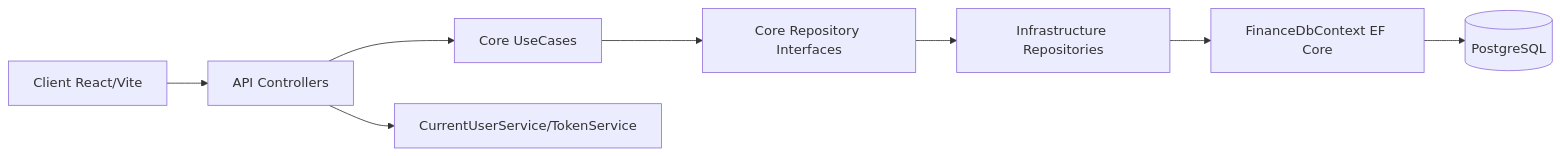
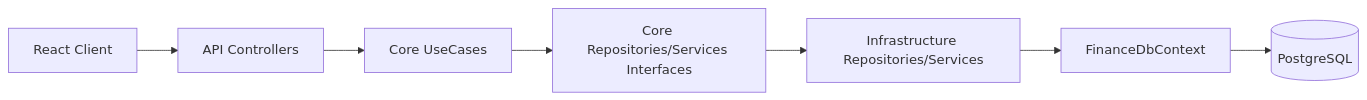
One commit to rafalves106/finances-clean changed the diagram in PROJECT_MAP.md. Above: the diagram before and after it, drawn with Mermaid. The commit also changed other lines of this file and 5 other files, not shown here.

````diff
--- a/PROJECT_MAP.md
+++ b/PROJECT_MAP.md
@@ -45,10 +62,9 @@
 ```mermaid
 flowchart LR
-  UI[Client React/Vite] --> API[API Controllers]
+  UI[React Client] --> API[API Controllers]
   API --> UC[Core UseCases]
-  UC --> RI[Core Repository Interfaces]
-  API --> CS[CurrentUserService/TokenService]
-  RI --> RImpl[Infrastructure Repositories]
-  RImpl --> DBCTX[FinanceDbContext EF Core]
-  DBCTX --> PG[(PostgreSQL)]
+  UC --> Contracts[Core Repositories/Services Interfaces]
+  Contracts --> Infra[Infrastructure Repositories/Services]
+  Infra --> DbContext[FinanceDbContext]
+  DbContext --> PG[(PostgreSQL)]
 ```
````
